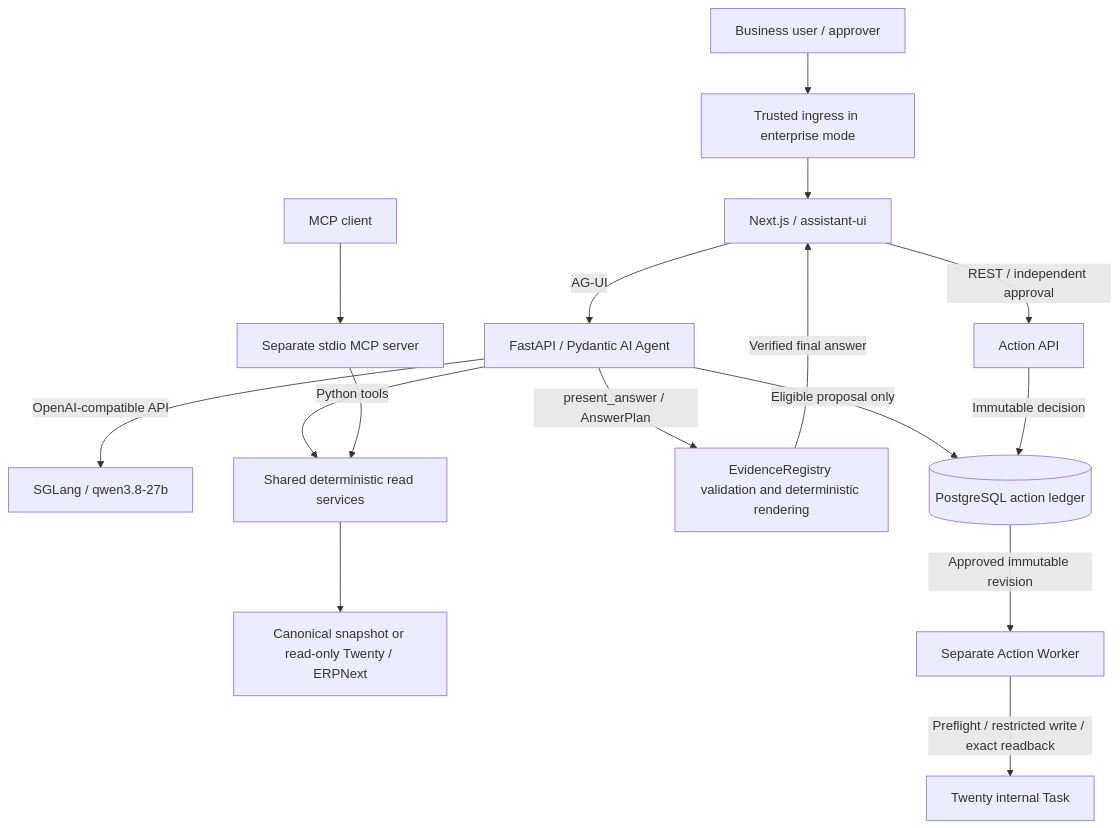
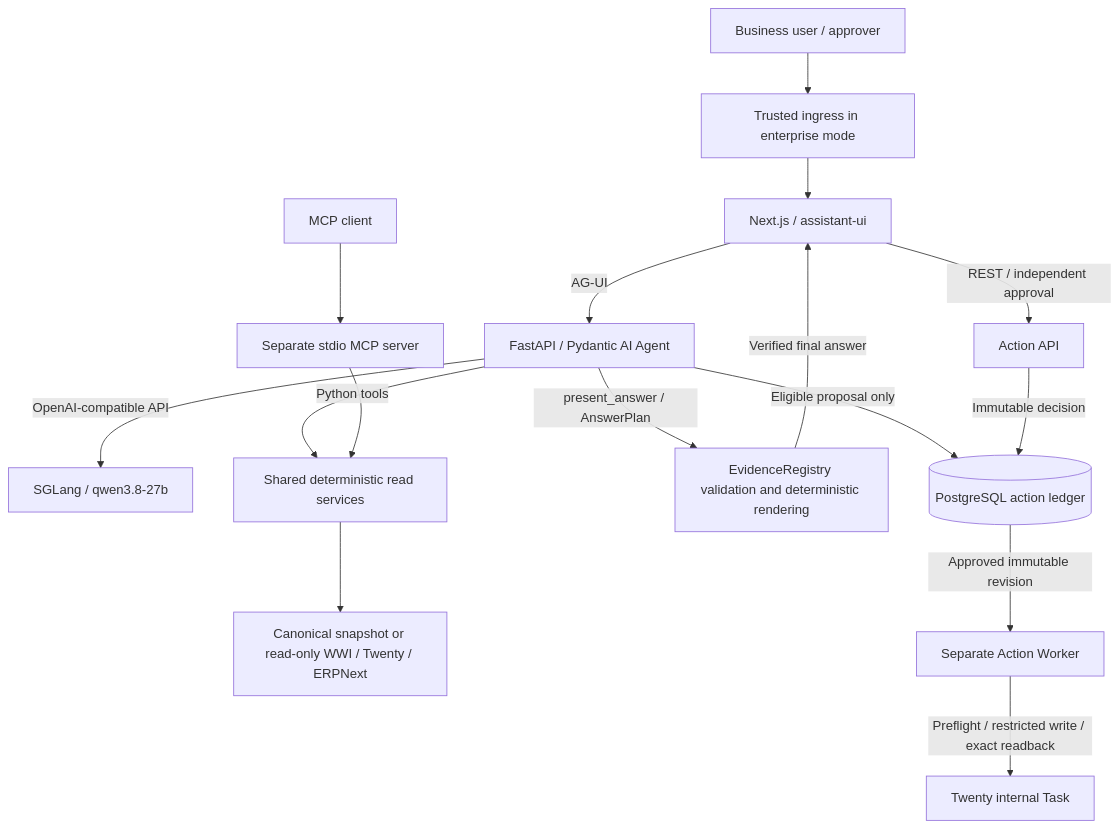
Before and after one commit to somAzzz/operion: the diagram in README.md, drawn with Mermaid. The commit also changed other lines of this file and 4 other files, not shown here.

````diff
--- a/README.md
+++ b/README.md
@@ -24,18 +24,18 @@
 ```mermaid
 flowchart TB
   Browser[Business user / approver] --> Gateway[Trusted ingress in enterprise mode]
   Gateway --> Web[Next.js / assistant-ui]
   Web -->|AG-UI| Agent[FastAPI / Pydantic AI Agent]
   Agent -->|OpenAI-compatible API| Model[SGLang / qwen3.8-27b]
   Agent -->|Python tools| Domain[Shared deterministic read services]
   MCPClient[MCP client] --> MCP[Separate stdio MCP server]
   MCP --> Domain
-  Domain --> Source[Canonical snapshot or read-only Twenty / ERPNext]
+  Domain --> Source[Canonical snapshot or read-only WWI / Twenty / ERPNext]
   Agent -->|present_answer / AnswerPlan| Evidence[EvidenceRegistry validation and deterministic rendering]
   Evidence -->|Verified final answer| Web
   Agent -->|Eligible proposal only| Ledger[(PostgreSQL action ledger)]
   Web -->|REST / independent approval| ActionAPI[Action API]
   ActionAPI -->|Immutable decision| Ledger
   Ledger -->|Approved immutable revision| Worker[Separate Action Worker]
   Worker -->|Preflight / restricted write / exact readback| Task[Twenty internal Task]
 ```
````
